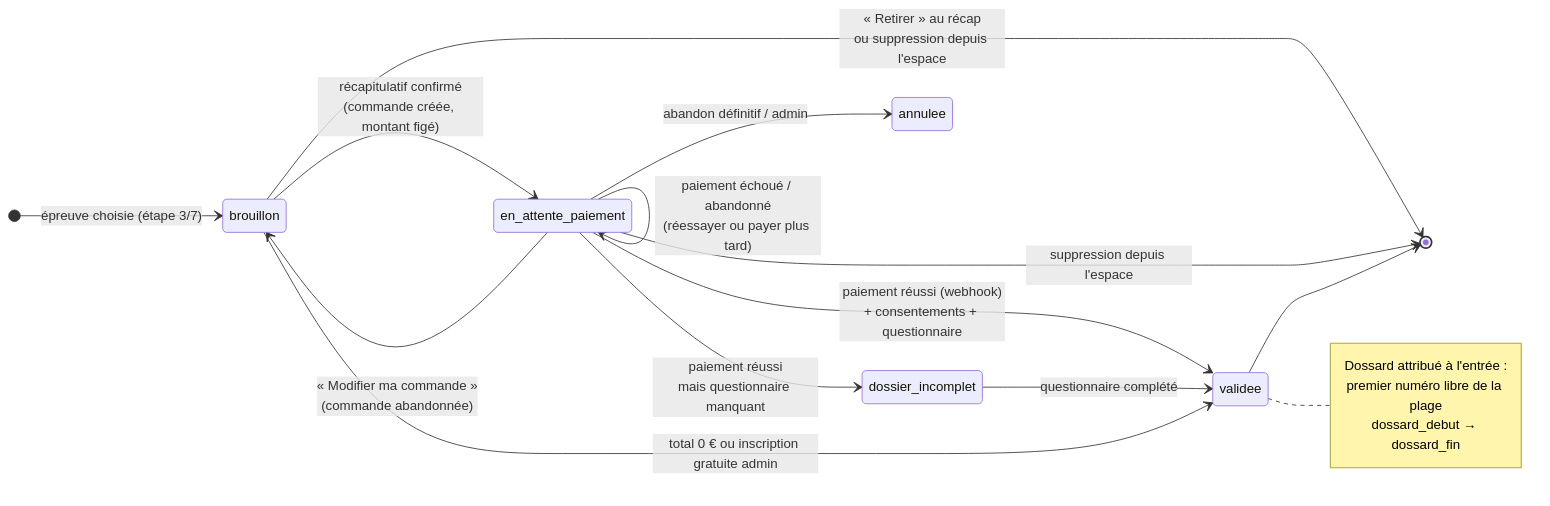
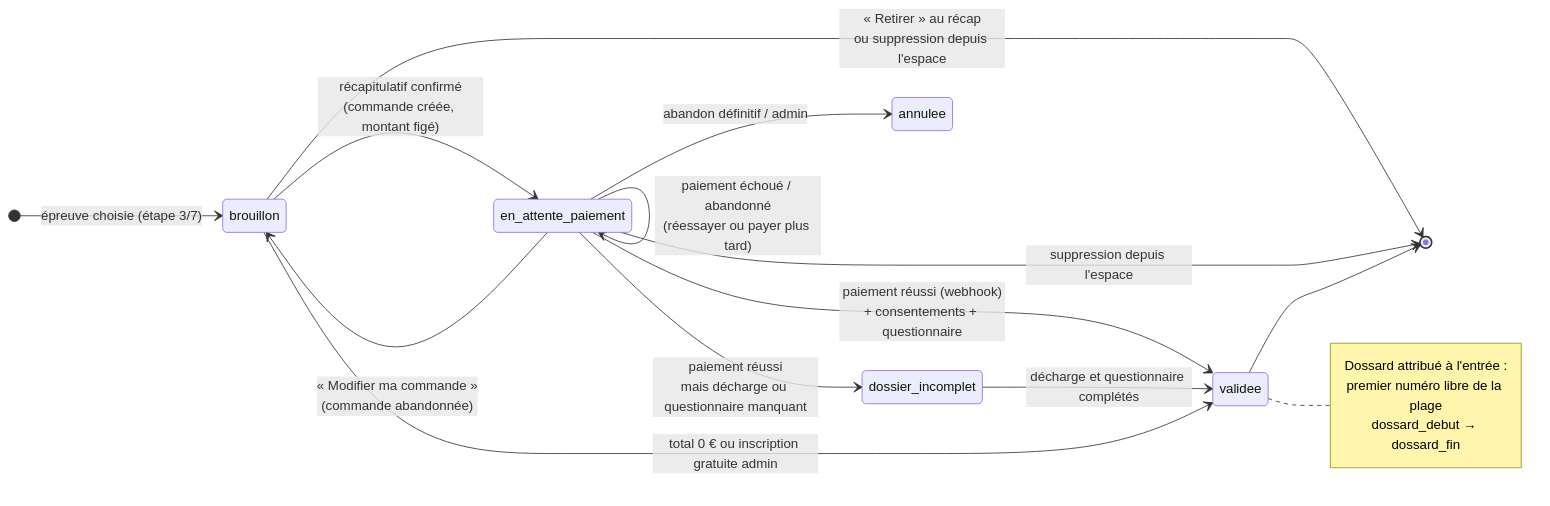
One commit to OanHamon/Run_For_Lorene changed the fifth of 5 diagrams in docs/parcours-utilisateur.md. Above: the diagram before and after it, drawn with Mermaid. The commit also changed other lines of this file and 14 other files, not shown here.

````diff
--- a/docs/parcours-utilisateur.md
+++ b/docs/parcours-utilisateur.md
@@ -229,22 +229,22 @@
 ```mermaid
 stateDiagram-v2
     direction LR
     [*] --> brouillon : épreuve choisie (étape 3/7)
     brouillon --> en_attente_paiement : récapitulatif confirmé<br/>(commande créée, montant figé)
     brouillon --> [*] : « Retirer » au récap<br/>ou suppression depuis l'espace
     en_attente_paiement --> brouillon : « Modifier ma commande »<br/>(commande abandonnée)
     en_attente_paiement --> en_attente_paiement : paiement échoué / abandonné<br/>(réessayer ou payer plus tard)
     en_attente_paiement --> validee : paiement réussi (webhook)<br/>+ consentements + questionnaire
-    en_attente_paiement --> dossier_incomplet : paiement réussi<br/>mais questionnaire manquant
+    en_attente_paiement --> dossier_incomplet : paiement réussi<br/>mais décharge ou questionnaire manquant
     en_attente_paiement --> annulee : abandon définitif / admin
     en_attente_paiement --> [*] : suppression depuis l'espace
-    dossier_incomplet --> validee : questionnaire complété
+    dossier_incomplet --> validee : décharge et questionnaire complétés
     brouillon --> validee : total 0 € ou inscription gratuite admin
     validee --> [*]
 
     note right of validee
         Dossard attribué à l'entrée :
         premier numéro libre de la plage
         dossard_debut → dossard_fin
     end note
 ```
````
